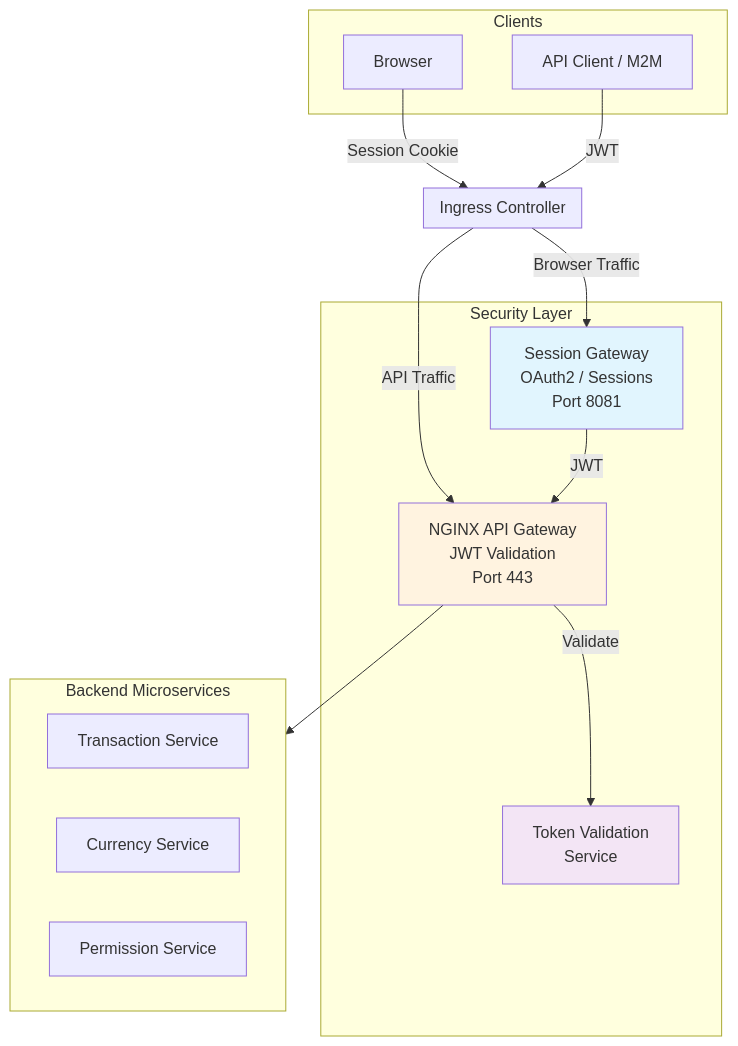
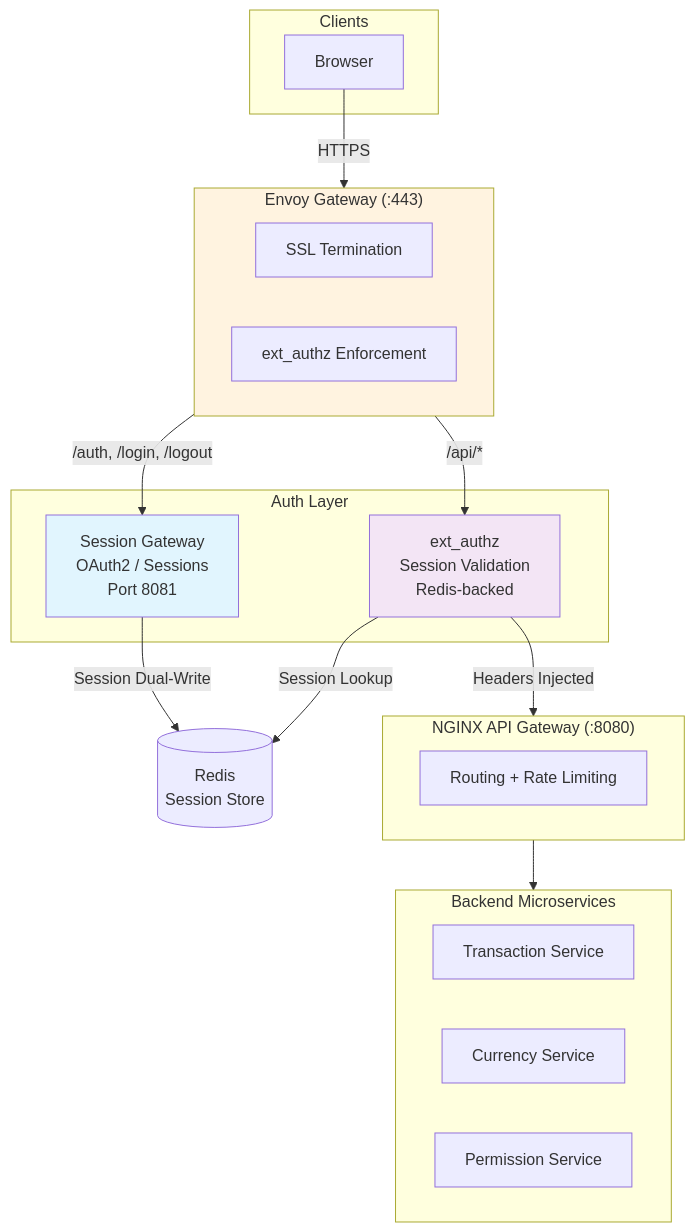
Before and after one commit to budgetanalyzer/.github: the diagram in profile/README.md, drawn with Mermaid. The commit also changed other lines of this file, not shown here.

Commit message:
update architecture

````diff
--- a/profile/README.md
+++ b/profile/README.md
@@ -64,37 +64,42 @@
 ```mermaid
 flowchart TB
     subgraph Clients
         Browser[Browser]
-        API[API Client / M2M]
     end
 
-    subgraph Ingress["Ingress Controller"]
+    subgraph Gateway["Envoy Gateway (:443)"]
         direction LR
+        SSL[SSL Termination]
+        EXT[ext_authz Enforcement]
     end
 
-    subgraph Security["Security Layer"]
+    subgraph Auth["Auth Layer"]
         SG[Session Gateway<br/>OAuth2 / Sessions<br/>Port 8081]
-        NGINX[NGINX API Gateway<br/>JWT Validation<br/>Port 443]
-        TVS[Token Validation<br/>Service]
+        EA[ext_authz<br/>Session Validation<br/>Redis-backed]
+    end
+
+    subgraph Routing["NGINX API Gateway (:8080)"]
+        direction LR
+        ROUTE[Routing + Rate Limiting]
     end
 
     subgraph Services["Backend Microservices"]
         TS[Transaction Service]
         CS[Currency Service]
         PS[Permission Service]
     end
 
-    Browser -->|Session Cookie| Ingress
-    API -->|JWT| Ingress
+    Redis[(Redis<br/>Session Store)]
 
-    Ingress -->|Browser Traffic| SG
-    Ingress -->|API Traffic| NGINX
-
-    SG -->|JWT| NGINX
-    NGINX -->|Validate| TVS
-    NGINX --> Services
+    Browser -->|HTTPS| Gateway
+    Gateway -->|/auth, /login, /logout| SG
+    Gateway -->|/api/*| EA
+    SG -->|Session Dual-Write| Redis
+    EA -->|Session Lookup| Redis
+    EA -->|Headers Injected| Routing
+    Routing --> Services
 
     style SG fill:#e1f5fe
-    style NGINX fill:#fff3e0
-    style TVS fill:#f3e5f5
+    style EA fill:#f3e5f5
+    style Gateway fill:#fff3e0
 ```
````
